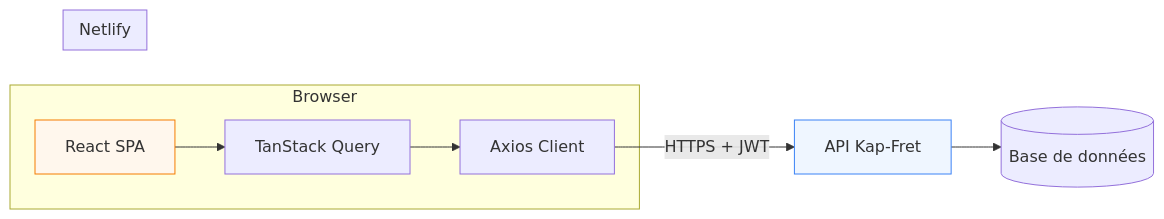
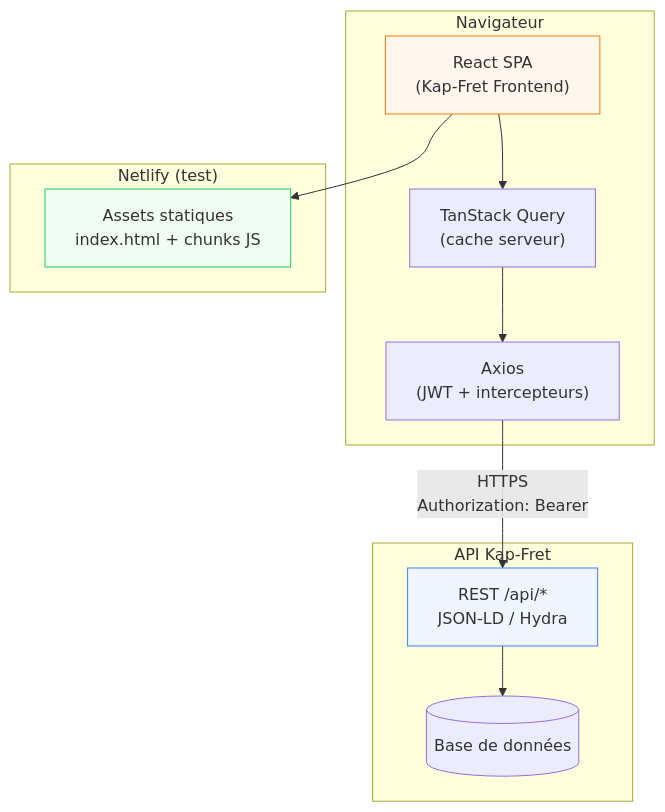
Before and after one commit to goodben7/kap-fret-admin: the diagram in README.md, drawn with Mermaid. The commit also changed other lines of this file and 4 other files, not shown here.

Commit message:
Update README and configuration files: Added Vite badge, clarified API base URL usage, and improved browser compatibility section. Enhanced Vite configuration for chunking vendor libraries. Refactored route imports for better organization and lazy loading of components.

````diff
--- a/README.md
+++ b/README.md
@@ -53,18 +62,26 @@
 ```mermaid
-flowchart LR
-  subgraph Browser
-    UI[React SPA]
-    RQ[TanStack Query]
-    AX[Axios Client]
+flowchart TB
+  subgraph Client["Navigateur"]
+    SPA["React SPA<br/>(Kap-Fret Frontend)"]
+    RQ["TanStack Query<br/>(cache serveur)"]
+    AX["Axios<br/>(JWT + intercepteurs)"]
+    SPA --> RQ --> AX
   end
 
-  subgraph Netlify
-  UI --> RQ --> AX
+  subgraph Hosting["Netlify (test)"]
+    CDN["Assets statiques<br/>index.html + chunks JS"]
   end
 
-  AX -->|HTTPS + JWT| API[API Kap-Fret]
-  API --> DB[(Base de données)]
+  subgraph Backend["API Kap-Fret"]
+    API["REST /api/*<br/>JSON-LD / Hydra"]
+    DB[("Base de données")]
+    API --> DB
+  end
 
-  style UI fill:#fff7ed,stroke:#F57C00
+  SPA --> CDN
+  AX -->|"HTTPS<br/>Authorization: Bearer"| API
+
+  style SPA fill:#fff7ed,stroke:#F57C00
   style API fill:#eff6ff,stroke:#3B82F6
+  style CDN fill:#f0fdf4,stroke:#22C55E
 ```
````
